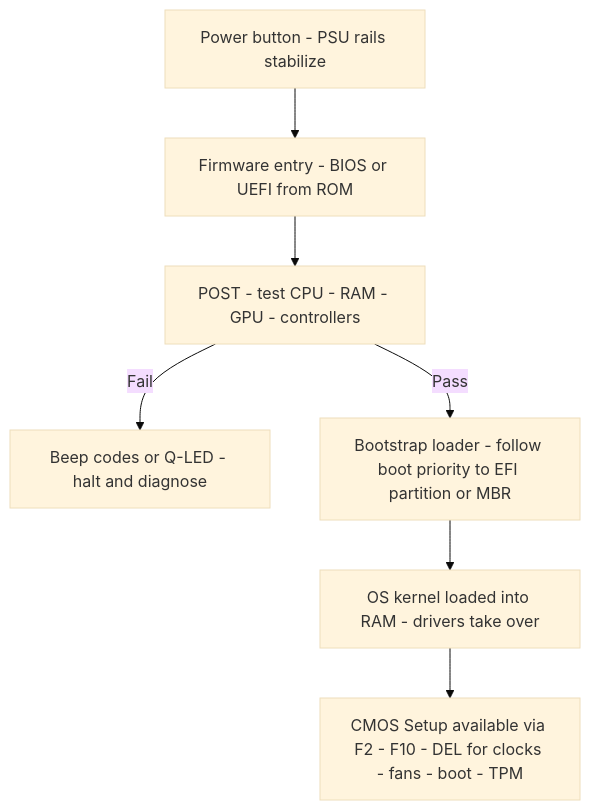
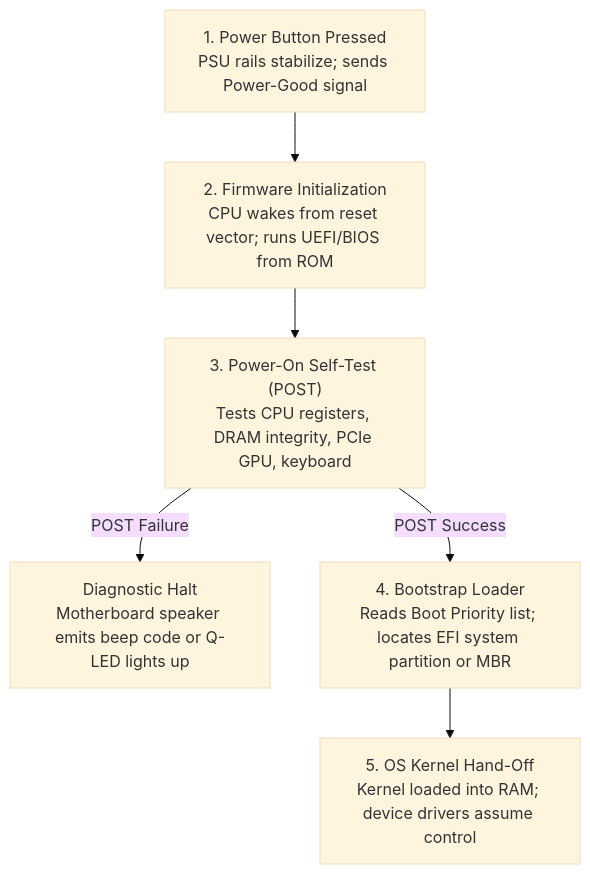
Before and after one commit to 1345AbhishekKumar/cs-cookbook: the first of 2 diagrams in content/docs/computer-basics/it-support/10-motherboards-bios-uefi-power.mdx, drawn with Mermaid (base theme). The commit also changed other lines of this file and 299 other files, not shown here.

````diff
--- a/content/docs/computer-basics/it-support/10-motherboards-bios-uefi-power.mdx
+++ b/content/docs/computer-basics/it-support/10-motherboards-bios-uefi-power.mdx
@@ -89,9 +108,8 @@
 ```mermaid
 flowchart TD
-  PWR["Power button - PSU rails stabilize"] --> FW["Firmware entry - BIOS or UEFI from ROM"]
-  FW --> POST["POST - test CPU - RAM - GPU - controllers"]
-  POST -->|Fail| BEEP["Beep codes or Q-LED - halt and diagnose"]
-  POST -->|Pass| BOOT["Bootstrap loader - follow boot priority to EFI partition or MBR"]
-  BOOT --> KERN["OS kernel loaded into RAM - drivers take over"]
-  KERN --> SETUP["CMOS Setup available via F2 - F10 - DEL for clocks - fans - boot - TPM"]
+  PWR["1. Power Button Pressed<br/>PSU rails stabilize; sends Power-Good signal"] --> FW["2. Firmware Initialization<br/>CPU wakes from reset vector; runs UEFI/BIOS from ROM"]
+  FW --> POST["3. Power-On Self-Test (POST)<br/>Tests CPU registers, DRAM integrity, PCIe GPU, keyboard"]
+  POST -->|POST Failure| BEEP["Diagnostic Halt<br/>Motherboard speaker emits beep code or Q-LED lights up"]
+  POST -->|POST Success| BOOT["4. Bootstrap Loader<br/>Reads Boot Priority list; locates EFI system partition or MBR"]
+  BOOT --> KERN["5. OS Kernel Hand-Off<br/>Kernel loaded into RAM; device drivers assume control"]
 ```
````
